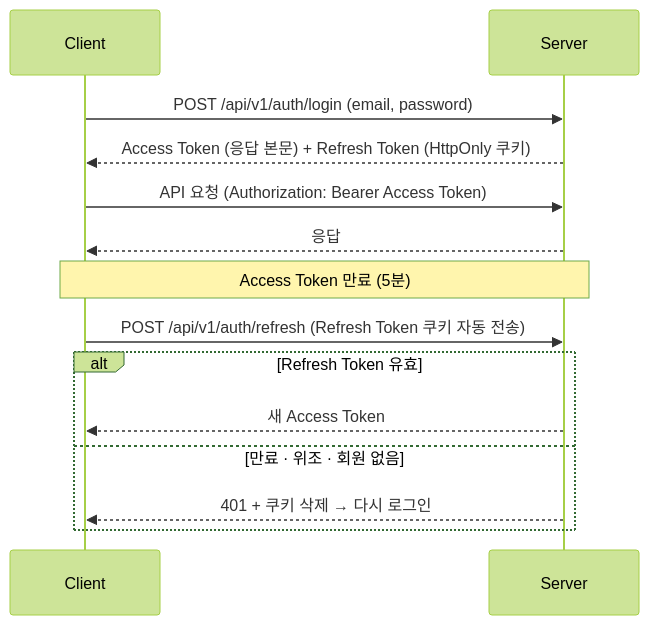
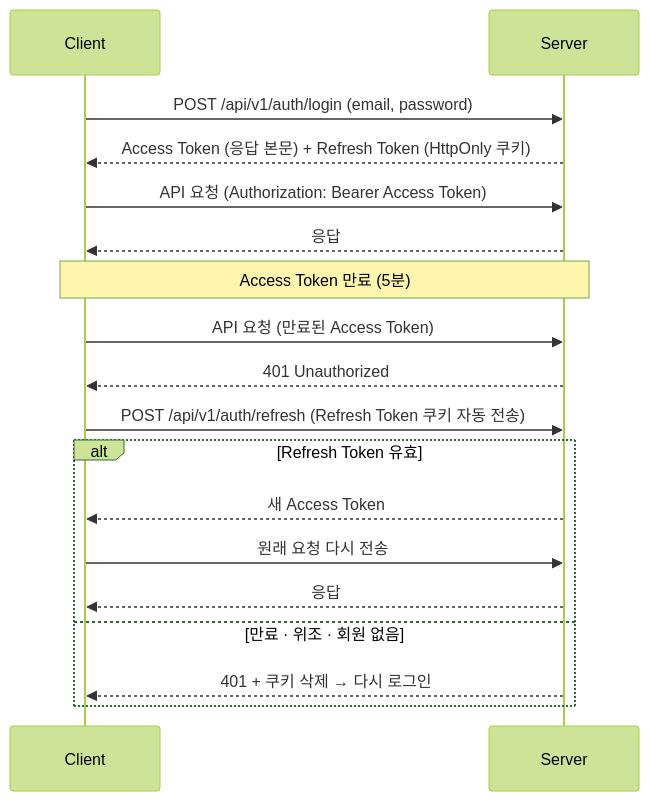
The second of 2 diagrams in README.md (hardtack6348/travel_korea), drawn with Mermaid (forest theme) before and after one commit. The commit also changed other lines of this file, not shown here.

````diff
--- a/README.md
+++ b/README.md
@@ -65,19 +65,23 @@
 ```mermaid
 sequenceDiagram
     participant C as Client
     participant S as Server
 
     C->>S: POST /api/v1/auth/login (email, password)
     S-->>C: Access Token (응답 본문) + Refresh Token (HttpOnly 쿠키)
 
     C->>S: API 요청 (Authorization: Bearer Access Token)
     S-->>C: 응답
 
     Note over C,S: Access Token 만료 (5분)
+    C->>S: API 요청 (만료된 Access Token)
+    S-->>C: 401 Unauthorized
     C->>S: POST /api/v1/auth/refresh (Refresh Token 쿠키 자동 전송)
     alt Refresh Token 유효
         S-->>C: 새 Access Token
+        C->>S: 원래 요청 다시 전송
+        S-->>C: 응답
     else 만료 · 위조 · 회원 없음
         S-->>C: 401 + 쿠키 삭제 → 다시 로그인
     end
 ```
````
